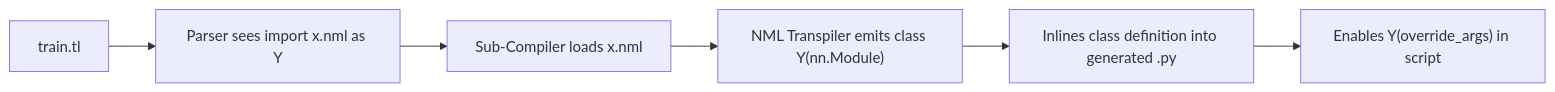
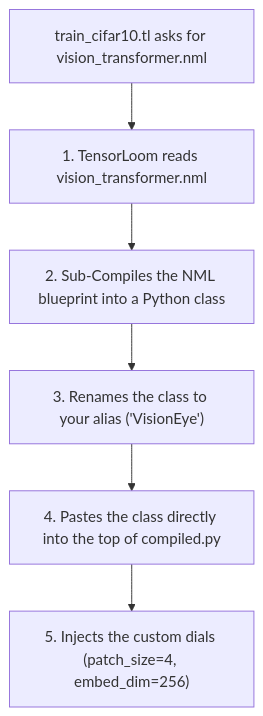
The diagram in guides/05_cross_file_modules.md (techxsarwar/tensorloom), drawn with Mermaid before and after one commit. The commit also changed other lines of this file and 8 other files, not shown here.

````diff
--- a/guides/05_cross_file_modules.md
+++ b/guides/05_cross_file_modules.md
@@ -37,8 +52,8 @@
 ```mermaid
-flowchart LR
-    A["train.tl"] --> B["Parser sees import x.nml as Y"]
-    B --> C["Sub-Compiler loads x.nml"]
-    C --> D["NML Transpiler emits class Y(nn.Module)"]
-    D --> E["Inlines class definition into generated .py"]
-    E --> F["Enables Y(override_args) in script"]
+flowchart TD
+    A["train_cifar10.tl asks for vision_transformer.nml"] --> B["1. TensorLoom reads vision_transformer.nml"]
+    B --> C["2. Sub-Compiles the NML blueprint into a Python class"]
+    C --> D["3. Renames the class to your alias ('VisionEye')"]
+    D --> E["4. Pastes the class directly into the top of compiled.py"]
+    E --> F["5. Injects the custom dials (patch_size=4, embed_dim=256)"]
 ```
````
